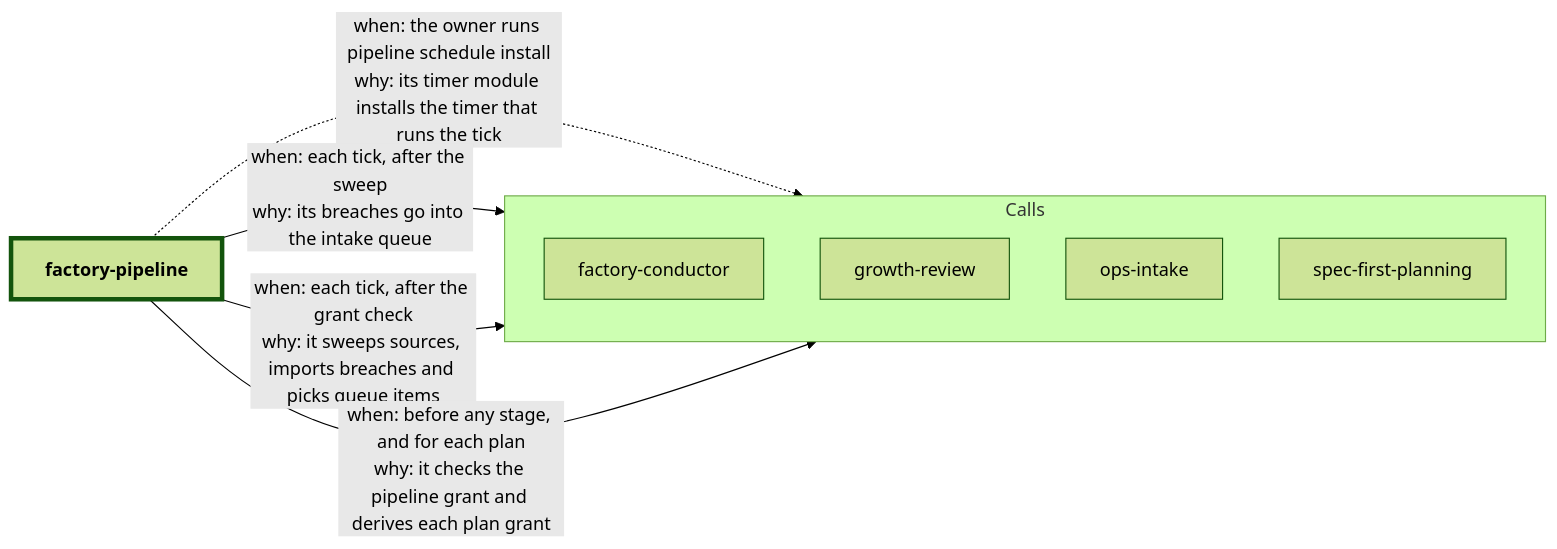
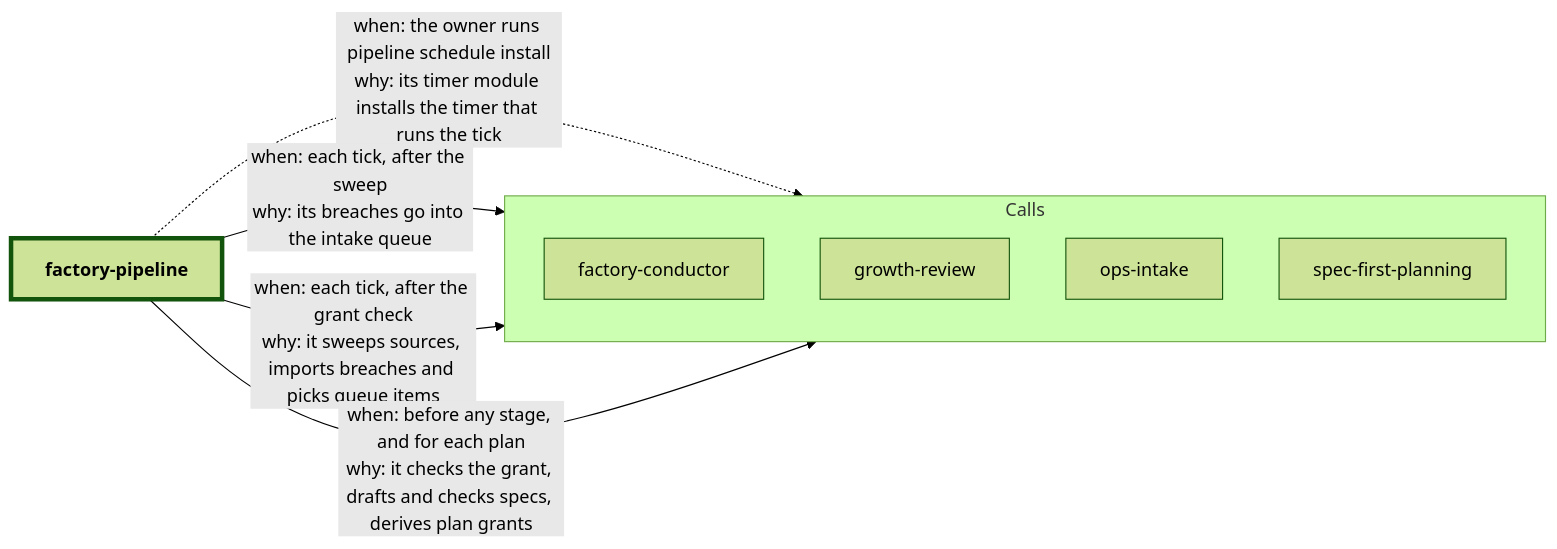
The diagram in factory-pipeline/README.md (dhanesh/agent-skills), drawn with Mermaid (forest theme) before and after one commit. The commit also changed other lines of this file and 29 other files, not shown here.

First line of the commit message:
feat(factory-pipeline): plan stage drafts specs with the owner's planner (R17)

````diff
--- a/factory-pipeline/README.md
+++ b/factory-pipeline/README.md
@@ -59,17 +68,17 @@
 ```mermaid
 flowchart LR
   self_factory_pipeline["factory-pipeline"]
   subgraph callees["Calls"]
     direction TB
     out_factory_conductor["factory-conductor"]
     out_growth_review["growth-review"]
     out_ops_intake["ops-intake"]
     out_spec_first_planning["spec-first-planning"]
   end
   self_factory_pipeline -.->|"when: the owner runs pipeline schedule install<br/>why: its timer module installs the timer that runs the tick"| out_factory_conductor
   self_factory_pipeline -->|"when: each tick, after the sweep<br/>why: its breaches go into the intake queue"| out_growth_review
   self_factory_pipeline -->|"when: each tick, after the grant check<br/>why: it sweeps sources, imports breaches and picks queue items"| out_ops_intake
-  self_factory_pipeline -->|"when: before any stage, and for each plan<br/>why: it checks the pipeline grant and derives each plan grant"| out_spec_first_planning
+  self_factory_pipeline -->|"when: before any stage, and for each plan<br/>why: it checks the grant, drafts and checks specs, derives plan grants"| out_spec_first_planning
   classDef self stroke-width:4px,font-weight:bold
   class self_factory_pipeline self
 ```
````
